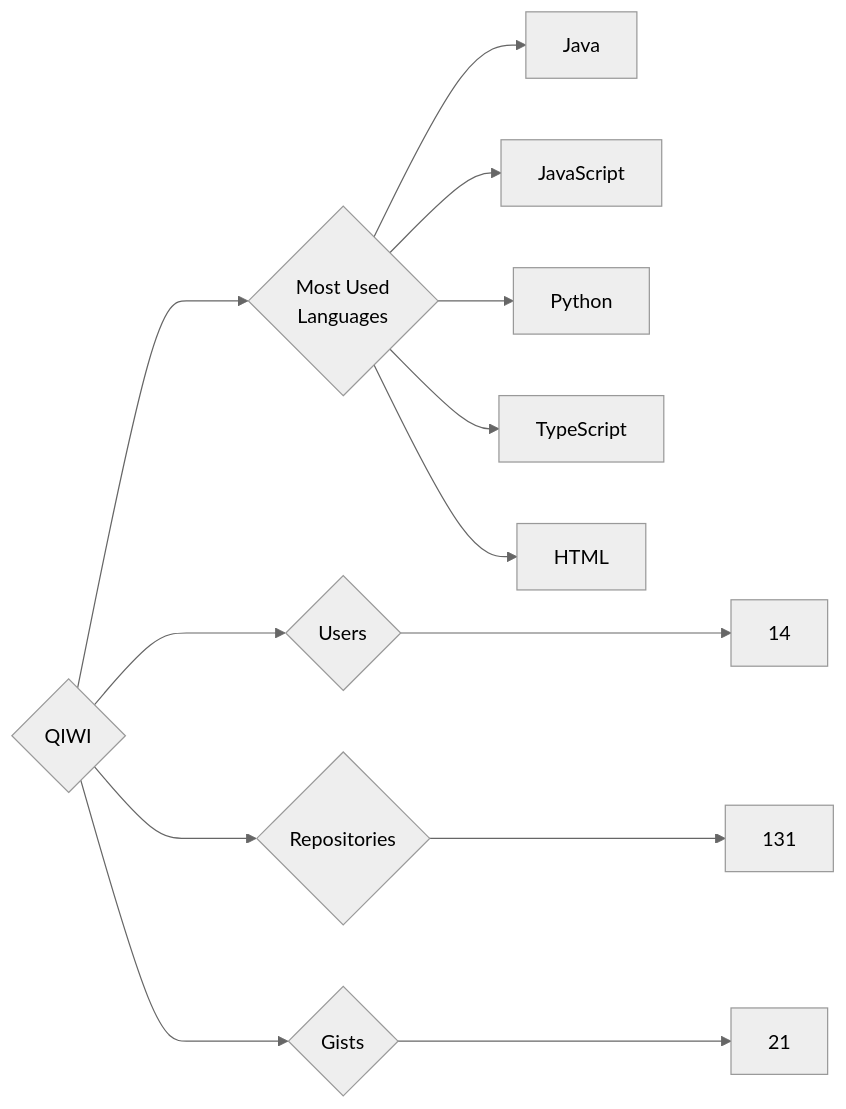
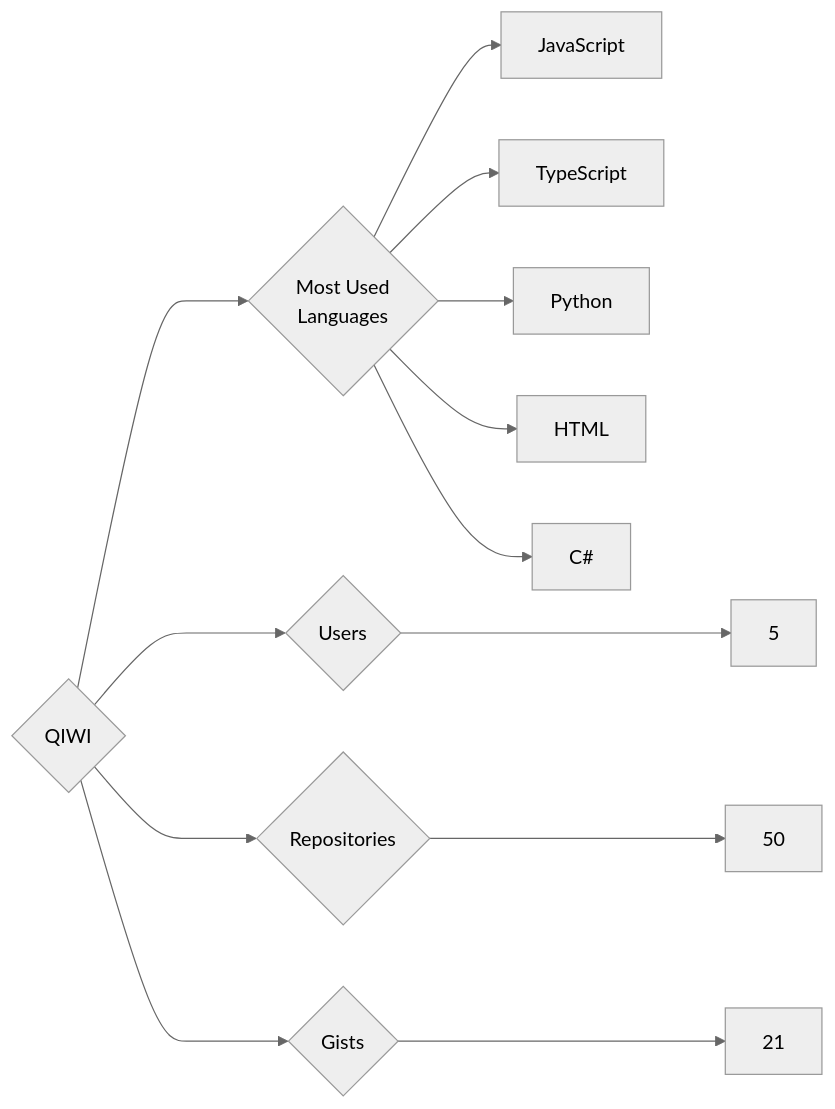
Before and after one commit to trickest/insiders: the diagram in targets/QIWI/README.md, drawn with Mermaid (neutral theme). The commit also changed 969 other files, not shown here.

````diff
--- a/targets/QIWI/README.md
+++ b/targets/QIWI/README.md
@@ -3,13 +3,13 @@
 ```mermaid
 graph LR
 COMPANY_NAME{QIWI}
-COMPANY_NAME ---> U{Users} ---> UN[14]
-COMPANY_NAME ---> R{Repositories} ---> RN[131]
+COMPANY_NAME ---> U{Users} ---> UN[5]
+COMPANY_NAME ---> R{Repositories} ---> RN[50]
 COMPANY_NAME ---> G{Gists} ---> GN[21]
 COMPANY_NAME ---> ML{Most Used<br>Languages}
-ML --> Java[Java]
 ML --> JavaScript[JavaScript]
+ML --> TypeScript[TypeScript]
 ML --> Python[Python]
-ML --> TypeScript[TypeScript]
 ML --> HTML[HTML]
+ML --> C#[C#]
 ```
````
